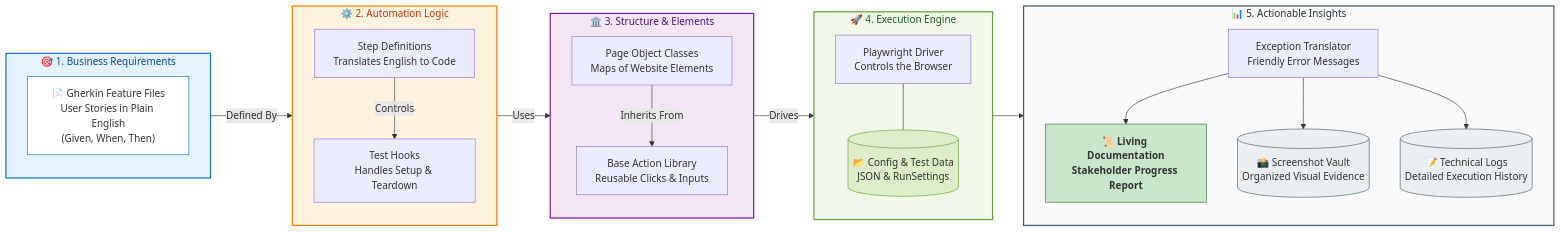
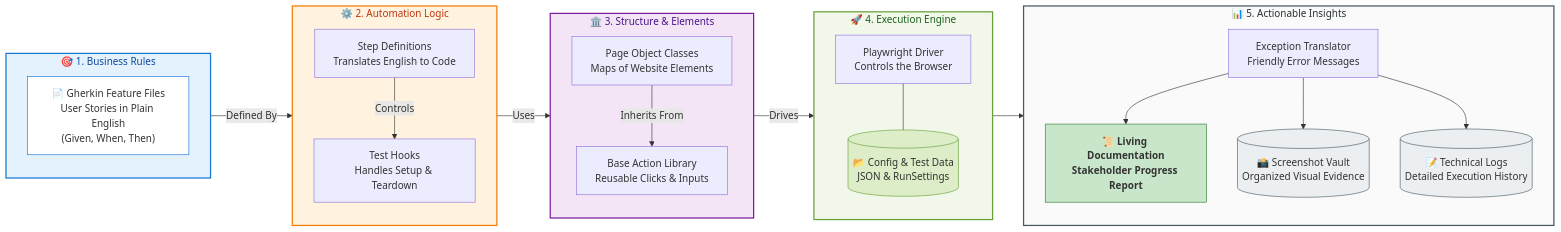
Before and after one commit to DumisaneDev/ReqnRoll_Playwright_BDD_MSTEST_Framework: the diagram in FRAMEWORK_ARCHITECTURE.md, drawn with Mermaid.

```diff
--- a/FRAMEWORK_ARCHITECTURE.md
+++ b/FRAMEWORK_ARCHITECTURE.md
@@ -7,71 +7,71 @@
 ::: mermaid
 graph LR
     %% LAYER 1: INPUTS
-    subgraph INPUT_LAYER ["🎯 1. Business Requirements"<br/>]
+    subgraph INPUT_LAYER ["🎯 1. Business Rules"]
         direction TB
         Gherkin["📄 Gherkin Feature Files<br/>User Stories in Plain English<br/>(Given, When, Then)"]
     end
 
     %% LAYER 2: AUTOMATION CODE
     subgraph CODE_LAYER ["⚙️ 2. Automation Logic"]
         direction TB
         Steps["Step Definitions<br/>Translates English to Code"]
         Hooks["Test Hooks<br/>Handles Setup & Teardown"]
     end
 
     %% LAYER 3: PAGE OBJECT MODEL
     subgraph POM_LAYER ["🏛️ 3. Structure & Elements"]
         direction TB
         Pages["Page Object Classes<br/>Maps of Website Elements"]
         BasePage["Base Action Library<br/>Reusable Clicks & Inputs"]
     end
 
     %% LAYER 4: ENGINE & DATA
     subgraph ENGINE_LAYER ["🚀 4. Execution Engine"]
         direction TB
         Playwright["Playwright Driver<br/>Controls the Browser"]
         Config[("📂 Config & Test Data<br/>JSON & RunSettings")]
     end
 
     %% LAYER 5: OUTPUTS
     subgraph OUTPUT_LAYER ["📊 5. Actionable Insights"]
         direction TB
         LivingDoc["📜 Living Documentation<br/>Stakeholder Progress Report"]
         Screenshots[("📸 Screenshot Vault<br/>Organized Visual Evidence")]
         Translator["Exception Translator<br/>Friendly Error Messages"]
         Logs[("📝 Technical Logs<br/>Detailed Execution History")]
     end
 
     %% FLOW CONNECTIONS
     Gherkin -->|Defined By| Steps
     Steps -->|Controls| Hooks
     Hooks -->|Uses| Pages
     Pages -->|Inherits From| BasePage
     BasePage -->|Drives| Playwright
     Playwright --- Config
     
     %% REPORTING FLOW
     Playwright --> Translator
     Translator --> LivingDoc
     Translator --> Screenshots
     Translator --> Logs
 
     %% STYLING - COMPLEMENTARY COLORS
     %% Blue for Input
     style INPUT_LAYER fill:#E3F2FD,stroke:#1976D2,stroke-width:2px,color:#0D47A1
     %% Orange for Code (Complementary to Blue)
     style CODE_LAYER fill:#FFF3E0,stroke:#F57C00,stroke-width:2px,color:#BF360C
     %% Purple for Structure
     style POM_LAYER fill:#F3E5F5,stroke:#7B1FA2,stroke-width:2px,color:#4A148C
     %% Green for Engine
     style ENGINE_LAYER fill:#F1F8E9,stroke:#689F38,stroke-width:2px,color:#1B5E20
     %% Grey/Brown for Evidence
     style OUTPUT_LAYER fill:#FAFAFA,stroke:#455A64,stroke-width:2px,color:#263238
 
     %% INDIVIDUAL SHAPE STYLING
     style Gherkin fill:#FFFFFF,stroke:#1976D2
     style Config fill:#DCEDC8,stroke:#689F38
     style Screenshots fill:#ECEFF1,stroke:#455A64
     style Logs fill:#ECEFF1,stroke:#455A64
     style LivingDoc fill:#C8E6C9,stroke:#2E7D32,font-weight:bold
 :::
```
